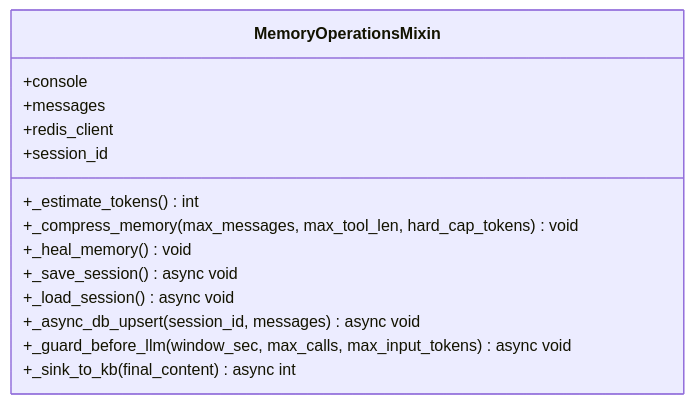
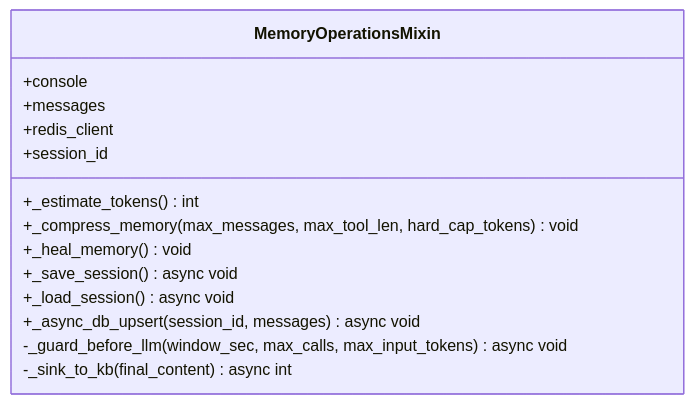
One commit to songlinhe5-lab/quant_agent changed the fourth of 6 diagrams in .qoder/repowiki/zh/content/AI智能代理系统/Hermes Agent架构设计.md. Above: the diagram before and after it, drawn with Mermaid. The commit also changed other lines of this file and 296 other files, not shown here.

````diff
--- a/.qoder/repowiki/zh/content/AI智能代理系统/Hermes Agent架构设计.md
+++ b/.qoder/repowiki/zh/content/AI智能代理系统/Hermes Agent架构设计.md
@@ -217,17 +261,17 @@
 ```mermaid
 classDiagram
 class MemoryOperationsMixin {
 +console
 +messages
 +redis_client
 +session_id
 +_estimate_tokens() int
 +_compress_memory(max_messages, max_tool_len, hard_cap_tokens) void
 +_heal_memory() void
 +_save_session() async void
 +_load_session() async void
 +_async_db_upsert(session_id, messages) async void
-+_guard_before_llm(window_sec, max_calls, max_input_tokens) async void
-+_sink_to_kb(final_content) async int
+-_guard_before_llm(window_sec, max_calls, max_input_tokens) async void
+-_sink_to_kb(final_content) async int
 }
 ```
````
